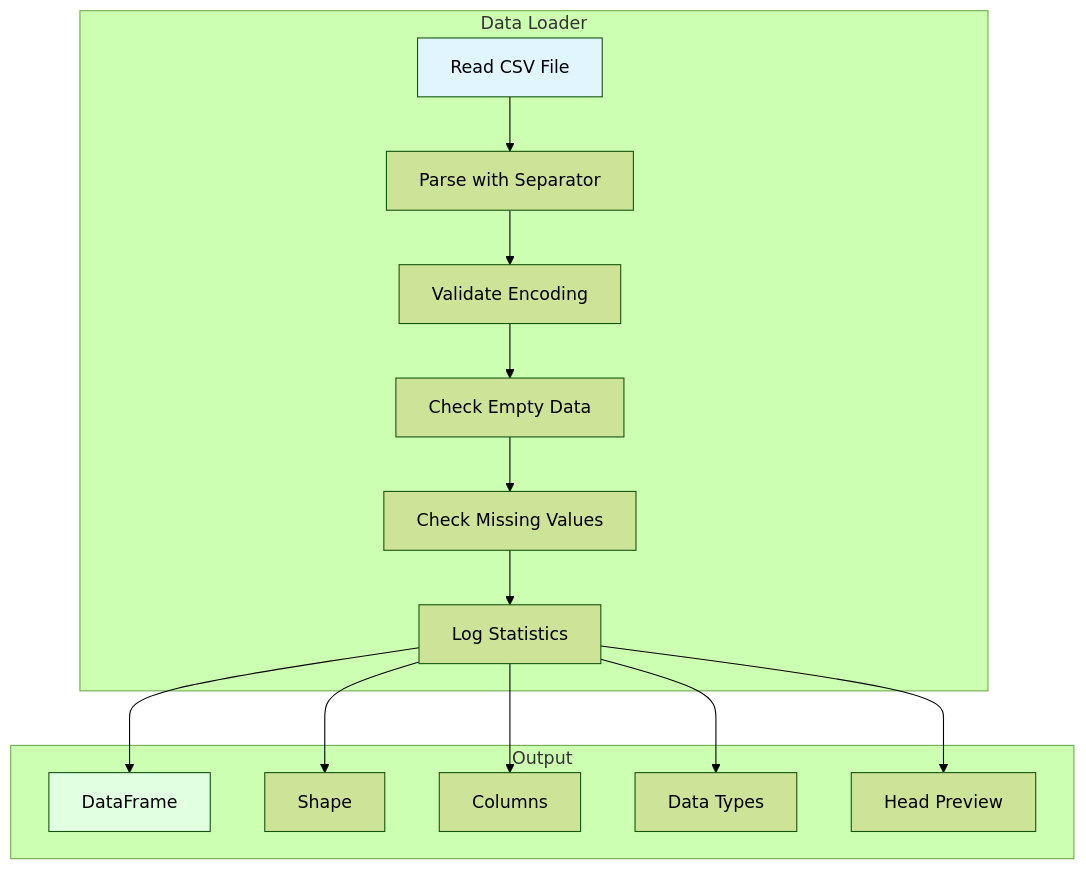
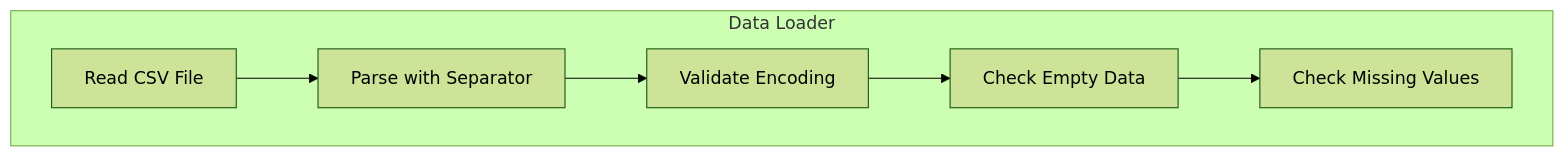
One commit to jefraudai/jefraudai changed the second of 10 diagrams in Services/docsify/docs/pipeline.md. Above: the diagram before and after it, drawn with Mermaid (forest theme). The commit also changed other lines of this file and 6 other files, not shown here.

````diff
--- a/Services/docsify/docs/pipeline.md
+++ b/Services/docsify/docs/pipeline.md
@@ -90,33 +88,16 @@
 ```mermaid
 graph TD
     subgraph "Data Loader"
         DL1[Read CSV File]
         DL2[Parse with Separator]
         DL3[Validate Encoding]
         DL4[Check Empty Data]
         DL5[Check Missing Values]
-        DL6[Log Statistics]
-    end
-    
-    subgraph "Output"
-        OUT1[DataFrame]
-        OUT2[Shape]
-        OUT3[Columns]
-        OUT4[Data Types]
-        OUT5[Head Preview]
-    end
-    
+    end   
+  
     DL1 --> DL2
     DL2 --> DL3
     DL3 --> DL4
     DL4 --> DL5
-    DL5 --> DL6
-    DL6 --> OUT1
-    DL6 --> OUT2
-    DL6 --> OUT3
-    DL6 --> OUT4
-    DL6 --> OUT5
-    
-    style DL1 fill:#e1f5ff
-    style OUT1 fill:#e1ffe1
+
 ```
````
